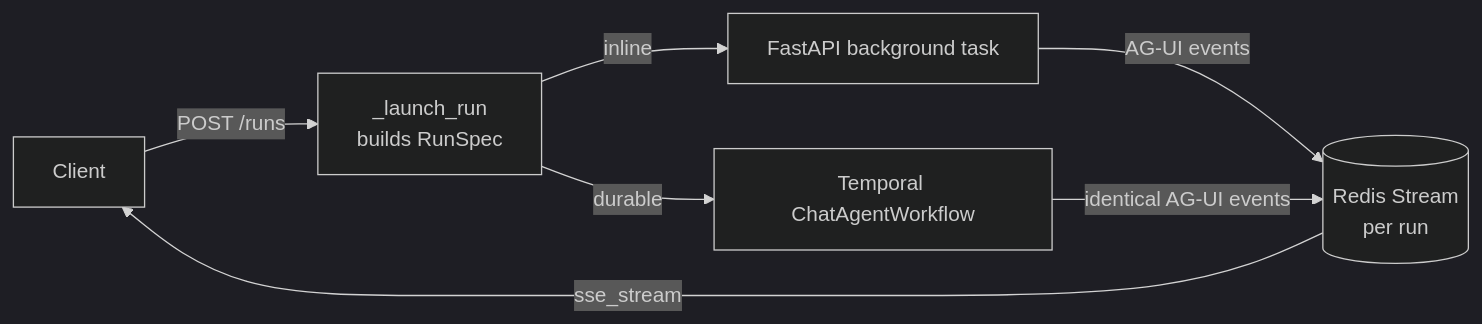
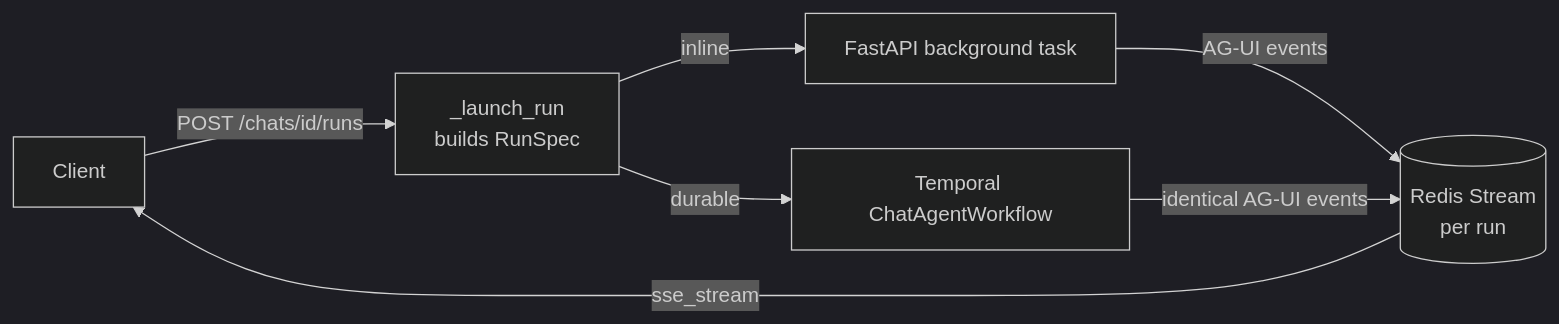
One commit to personal-agent-org/docs changed the diagram in docs/architecture/index.md. Above: the diagram before and after it, drawn with Mermaid (dark theme). The commit also changed other lines of this file and 68 other files, not shown here.

````diff
--- a/docs/architecture/index.md
+++ b/docs/architecture/index.md
@@ -35,9 +36,9 @@
 ```mermaid
 flowchart LR
-    U[Client] -->|POST /runs| R[_launch_run<br/>builds RunSpec]
+    U[Client] -->|POST /chats/id/runs| R[_launch_run<br/>builds RunSpec]
     R -->|inline| I[FastAPI background task]
     R -->|durable| W[Temporal ChatAgentWorkflow]
     I -->|AG-UI events| S[(Redis Stream<br/>per run)]
     W -->|identical AG-UI events| S
     S -->|sse_stream| U
 ```
````
